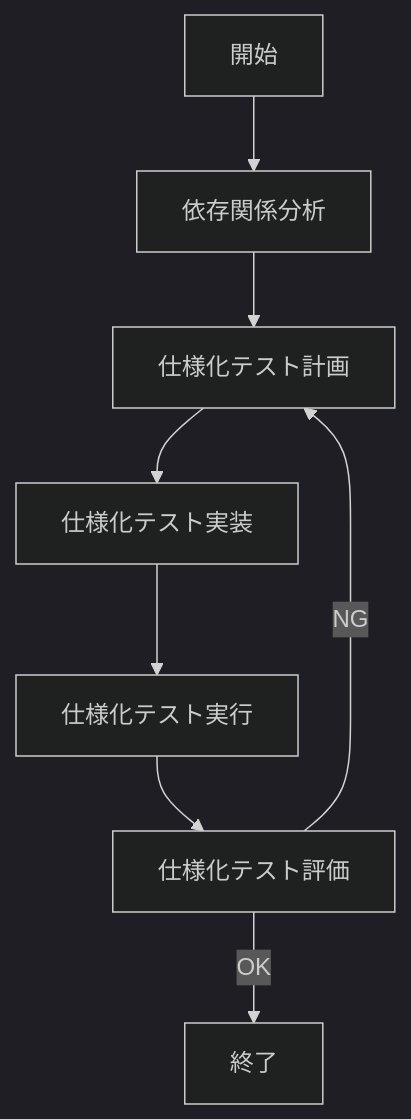
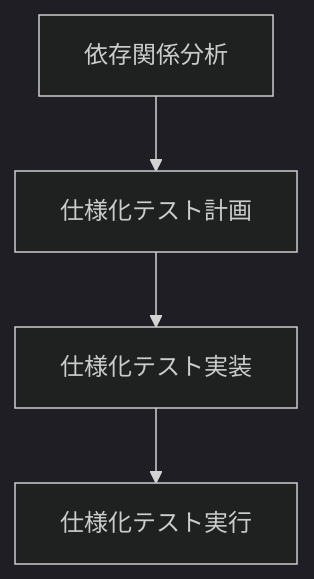
Before and after one commit to ryosuke911/WORKFLOW_SPEC_TEST: the first of 2 diagrams in WORKFLOW_SPEC_TEST_MAIN.md, drawn with Mermaid (dark theme). The commit also changed other lines of this file and 7 other files, not shown here.

````diff
--- a/WORKFLOW_SPEC_TEST_MAIN.md
+++ b/WORKFLOW_SPEC_TEST_MAIN.md
@@ -10,18 +4,11 @@
 ```mermaid
 graph TD
-    Start[開始]
-    Analyze[依存関係分析]
-    Plan[仕様化テスト計画]
-    Impl[仕様化テスト実装]
-    Exec[仕様化テスト実行]
-    Eval[仕様化テスト評価]
-    End[終了]
+    P1[依存関係分析]
+    P2[仕様化テスト計画]
+    P3[仕様化テスト実装]
+    P4[仕様化テスト実行]
 
-    Start --> Analyze
-    Analyze --> Plan
-    Plan --> Impl
-    Impl --> Exec
-    Exec --> Eval
-    Eval -->|OK| End
-    Eval -->|NG| Plan
+    P1 --> P2
+    P2 --> P3
+    P3 --> P4
 ```
````
